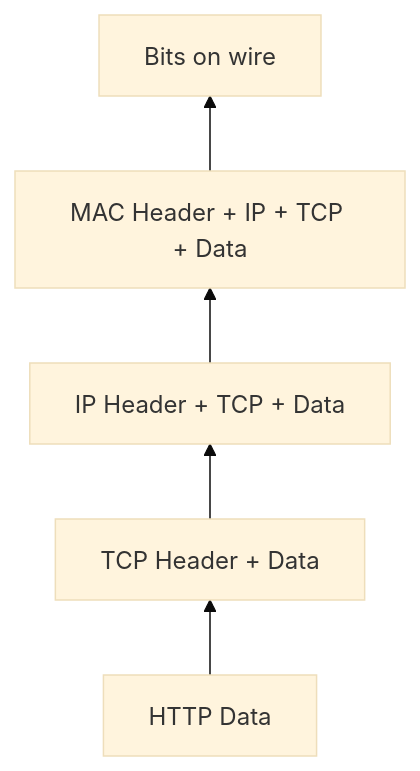
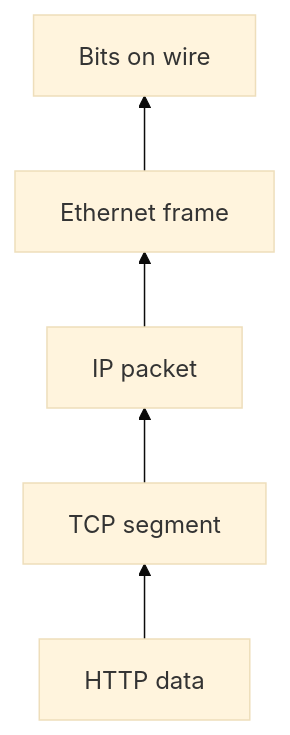
The first of 17 diagrams in 01-networking/README.md (hareramcse/SystemDesign), drawn with Mermaid (base theme) before and after one commit. The commit also changed other lines of this file, not shown here.

````diff
--- a/01-networking/README.md
+++ b/01-networking/README.md
@@ -592,7 +579,7 @@
 ```mermaid
 flowchart BT
-    D[HTTP Data] --> T[TCP Header + Data]
-    T --> I[IP Header + TCP + Data]
-    I --> M[MAC Header + IP + TCP + Data]
-    M --> W[Bits on wire]
+    D["HTTP data"] --> T["TCP segment"]
+    T --> I["IP packet"]
+    I --> M["Ethernet frame"]
+    M --> W["Bits on wire"]
 ```
````
